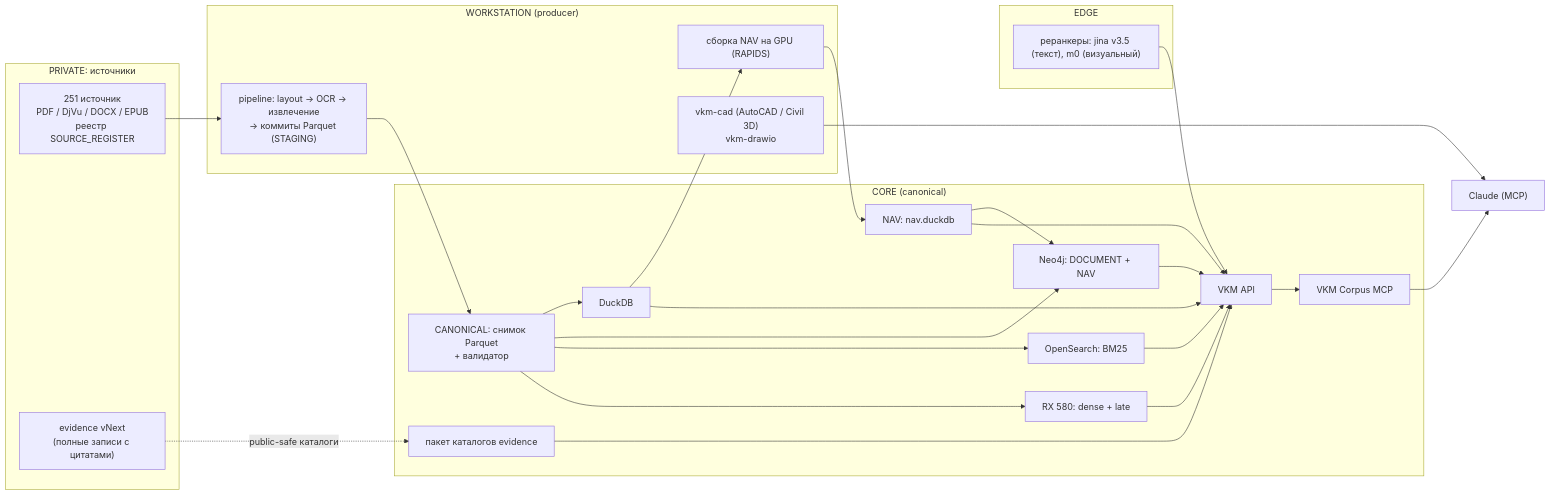
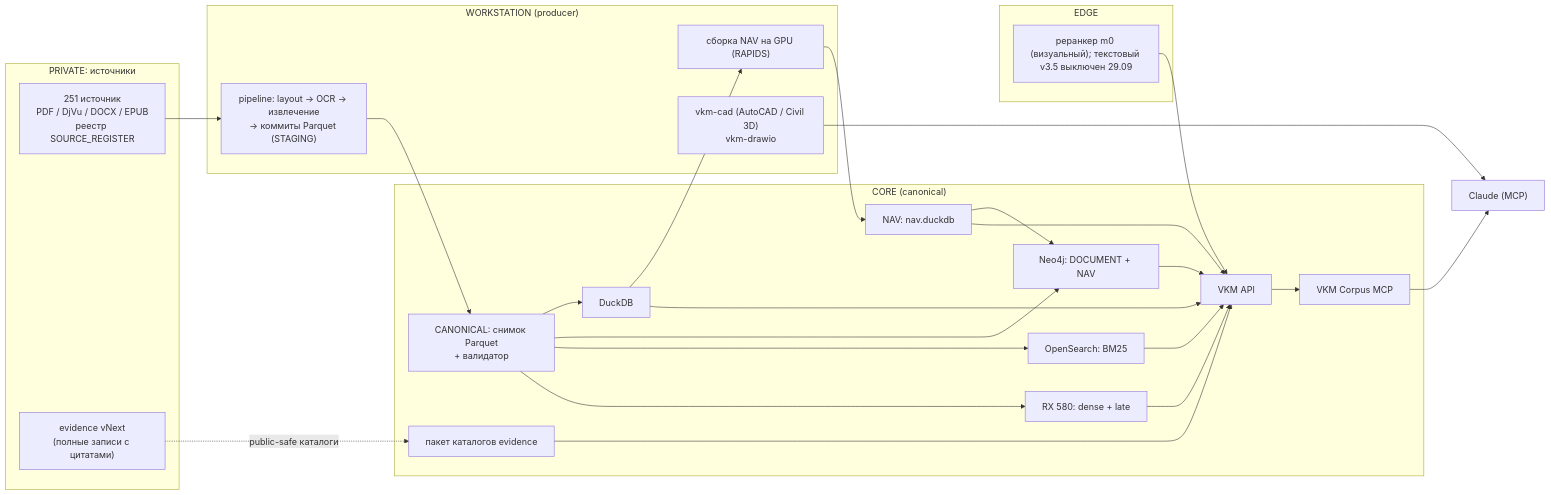
The diagram in README.md (SUKUNA-AI/vkm-subsidence-forecasting), drawn with Mermaid before and after one commit. The commit also changed other lines of this file and 4 other files, not shown here.

Commit message:
docs: 29.09 deploy receipt (tables, parameters v2, object duplicates, RU-EN dictionary, graph reload, image b39370f); text reranker v3.5 retired, rerank_text on mLateOn

````diff
--- a/README.md
+++ b/README.md
@@ -70,34 +70,34 @@
 ```mermaid
 flowchart LR
   subgraph PRIVATE["PRIVATE: источники"]
     SRC["251 источник<br/>PDF / DjVu / DOCX / EPUB<br/>реестр SOURCE_REGISTER"]
     EVP["evidence vNext<br/>(полные записи с цитатами)"]
   end
   subgraph WS["WORKSTATION (producer)"]
     PIPE["pipeline: layout → OCR → извлечение<br/>→ коммиты Parquet (STAGING)"]
     NAVB["сборка NAV на GPU (RAPIDS)"]
     TOOLS["vkm-cad (AutoCAD / Civil 3D)<br/>vkm-drawio"]
   end
   subgraph CORE["CORE (canonical)"]
     CAN["CANONICAL: снимок Parquet<br/>+ валидатор"]
     DDB["DuckDB"]
     NEO["Neo4j: DOCUMENT + NAV"]
     OS["OpenSearch: BM25"]
     RX["RX 580: dense + late"]
     NAV["NAV: nav.duckdb"]
     CAT["пакет каталогов evidence"]
     API["VKM API"]
     MCP["VKM Corpus MCP"]
   end
   subgraph EDGE["EDGE"]
-    RR["реранкеры: jina v3.5 (текст), m0 (визуальный)"]
+    RR["реранкер m0 (визуальный); текстовый v3.5 выключен 29.09"]
   end
   SRC --> PIPE --> CAN
   CAN --> DDB & NEO & OS & RX
   DDB --> NAVB --> NAV --> NEO
   EVP -. public-safe каталоги .-> CAT
   DDB & NEO & OS & RX & NAV & CAT --> API --> MCP
   RR --> API
   MCP --> CLAUDE["Claude (MCP)"]
   TOOLS --> CLAUDE
 ```
````
